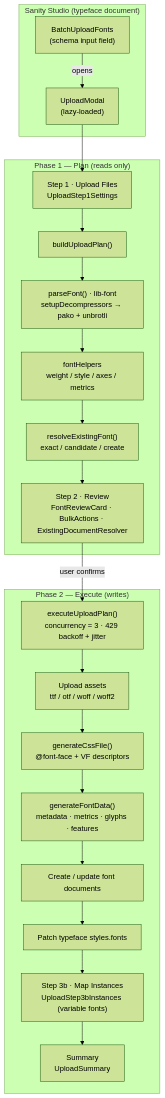
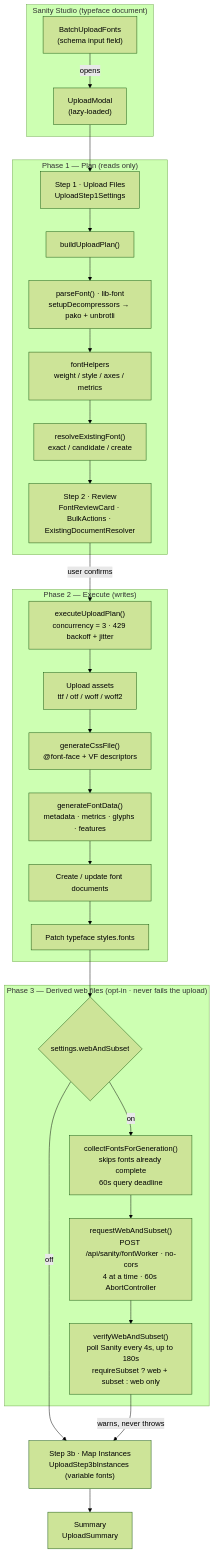
The diagram in README.md (Liiift-Studio/sanity-font-manager), drawn with Mermaid (forest theme) before and after one commit. The commit also changed other lines of this file and 1 other file, not shown here.

````diff
--- a/README.md
+++ b/README.md
@@ -46,27 +67,38 @@
 ```mermaid
 flowchart TD
     subgraph studio["Sanity Studio (typeface document)"]
         BUF["BatchUploadFonts<br/>(schema input field)"]
         BUF -->|opens| UM["UploadModal<br/>(lazy-loaded)"]
     end
 
     subgraph plan["Phase 1 — Plan (reads only)"]
         UM --> S1["Step 1 · Upload Files<br/>UploadStep1Settings"]
         S1 --> BUILD["buildUploadPlan()"]
         BUILD --> PF["parseFont() · lib-font<br/>setupDecompressors → pako + unbrotli"]
         PF --> FH["fontHelpers<br/>weight / style / axes / metrics"]
         FH --> RES["resolveExistingFont()<br/>exact / candidate / create"]
         RES --> S2["Step 2 · Review<br/>FontReviewCard · BulkActions · ExistingDocumentResolver"]
     end
 
     subgraph execute["Phase 2 — Execute (writes)"]
         S2 -->|user confirms| EXEC["executeUploadPlan()<br/>concurrency = 3 · 429 backoff + jitter"]
         EXEC --> UP["Upload assets<br/>ttf / otf / woff / woff2"]
         UP --> CSS["generateCssFile()<br/>@font-face + VF descriptors"]
         CSS --> META["generateFontData()<br/>metadata · metrics · glyphs · features"]
         META --> DOC["Create / update font documents"]
         DOC --> PATCH["Patch typeface styles.fonts"]
-        PATCH --> S3b["Step 3b · Map Instances<br/>UploadStep3bInstances (variable fonts)"]
-        S3b --> SUM["Summary<br/>UploadSummary"]
     end
+
+    S3b["Step 3b · Map Instances<br/>UploadStep3bInstances (variable fonts)"] --> SUM["Summary<br/>UploadSummary"]
+
+    subgraph derive["Phase 3 — Derived web files (opt-in · never fails the upload)"]
+        GATE{"settings.webAndSubset"}
+        GATE -->|on| COLL["collectFontsForGeneration()<br/>skips fonts already complete<br/>60s query deadline"]
+        COLL --> REQ["requestWebAndSubset()<br/>POST /api/sanity/fontWorker · no-cors<br/>4 at a time · 60s AbortController"]
+        REQ --> VER["verifyWebAndSubset()<br/>poll Sanity every 4s, up to 180s<br/>requireSubset ? web + subset : web only"]
+    end
+
+    PATCH --> GATE
+    GATE -->|off| S3b
+    VER -->|"warns, never throws"| S3b
 ```
````
